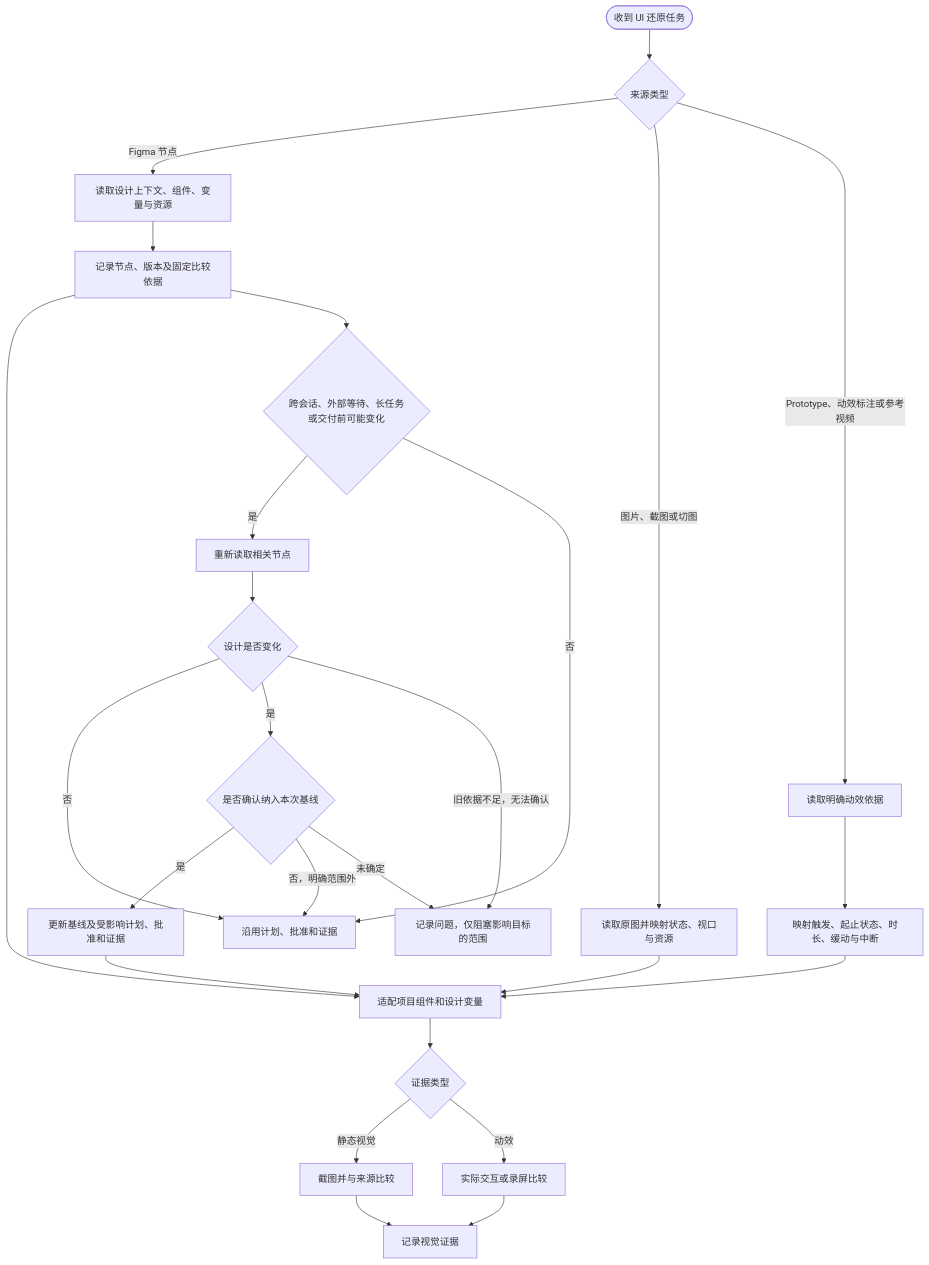
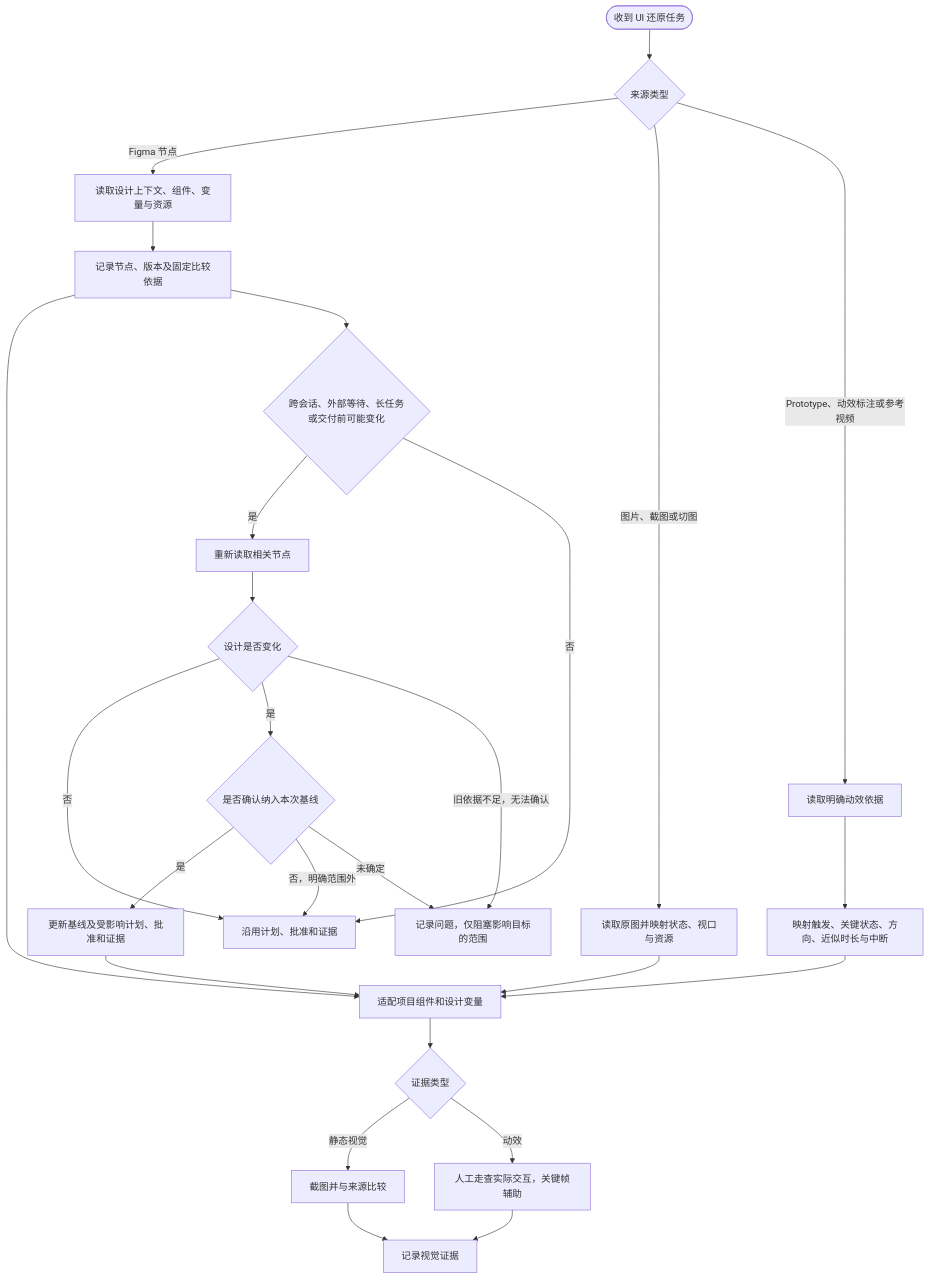
One commit to Aliang997/frontend-delivery-skill changed the fifth of 6 diagrams in skills/frontend-delivery/workflow-diagram.md. Above: the diagram before and after it, drawn with Mermaid. The commit also changed other lines of this file and 18 other files, not shown here.

````diff
--- a/skills/frontend-delivery/workflow-diagram.md
+++ b/skills/frontend-delivery/workflow-diagram.md
@@ -96,28 +94,28 @@
 ```mermaid
 flowchart TD
  A(["收到 UI 还原任务"]) --> S{"来源类型"}
  S -->|"Figma 节点"| F["读取设计上下文、组件、变量与资源"]
  S -->|"图片、截图或切图"| P["读取原图并映射状态、视口与资源"]
  S -->|"Prototype、动效标注或参考视频"| M["读取明确动效依据"]
  F --> B["记录节点、版本及固定比较依据"]
  P --> I["适配项目组件和设计变量"]
- M --> MM["映射触发、起止状态、时长、缓动与中断"]
+ M --> MM["映射触发、关键状态、方向、近似时长与中断"]
  B --> I
  MM --> I
  I --> V{"证据类型"}
  V -->|"静态视觉"| SS["截图并与来源比较"]
- V -->|"动效"| MV["实际交互或录屏比较"]
+ V -->|"动效"| MV["人工走查实际交互，关键帧辅助"]
  SS --> E["记录视觉证据"]
  MV --> E
  B --> R{"跨会话、外部等待、长任务或交付前可能变化"}
  R -->|"是"| RR["重新读取相关节点"]
  RR --> CH{"设计是否变化"}
  CH -->|"否"| KEEP["沿用计划、批准和证据"]
  CH -->|"是"| AD{"是否确认纳入本次基线"}
  AD -->|"是"| CC["更新基线及受影响计划、批准和证据"]
  AD -->|"否，明确范围外"| KEEP
  AD -->|"未确定"| Q["记录问题，仅阻塞影响目标的范围"]
  CH -->|"旧依据不足，无法确认"| Q
  CC --> I
  R -->|"否"| KEEP
 ```
````
